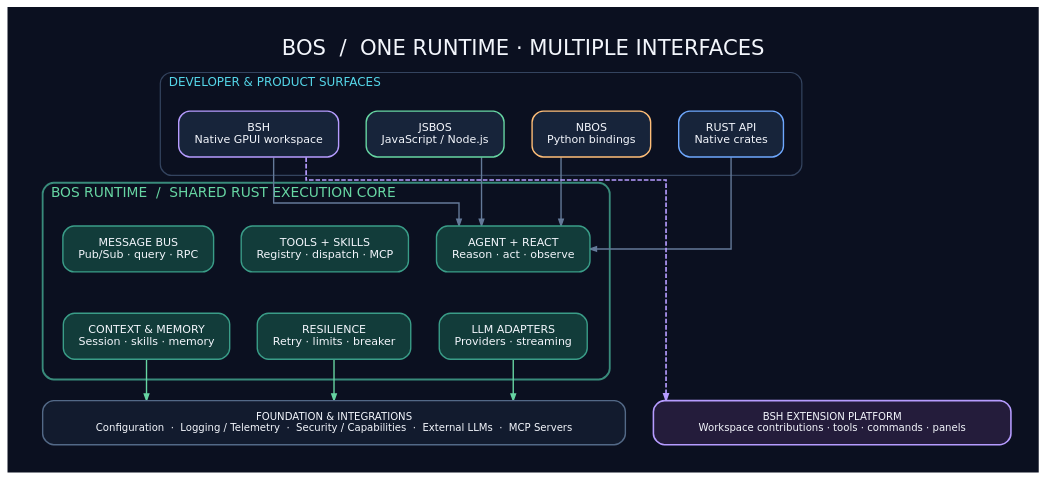
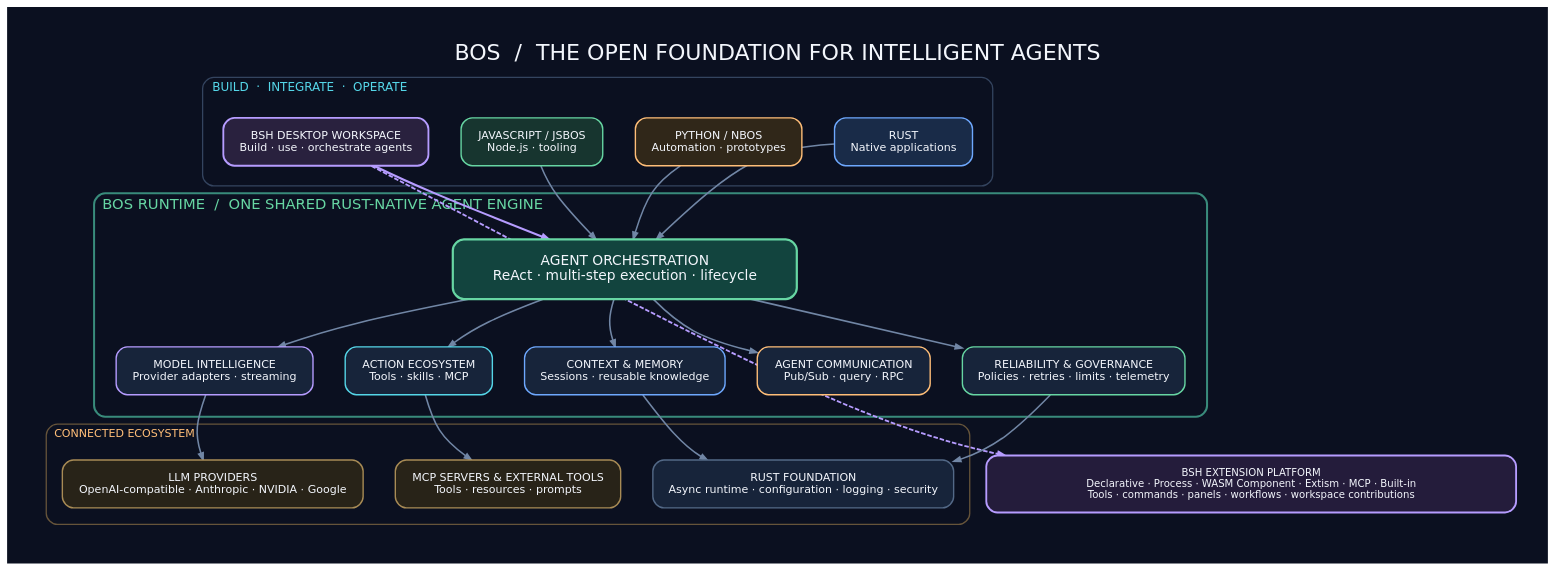
The diagram in docs/diagrams/bos-architecture.dot (open1s/bos), drawn with Graphviz before and after one commit. The commit also changed 2 other files, not shown here.

Commit message:
docs: present BOS as a powerful extensible agent platform (#82)
* docs: tell a clearer BOS product story in diagrams

* docs: tell a clearer BOS product story in diagrams

* docs: tell a clearer BOS product story in diagrams

```diff
--- a/docs/diagrams/bos-architecture.dot
+++ b/docs/diagrams/bos-architecture.dot
@@ -1,65 +1,71 @@
 digraph BOS {
   graph [
-    bgcolor="#0B1020", pad="0.42", rankdir=TB,
-    nodesep="0.42", ranksep="0.62", splines=ortho,
+    bgcolor="#0B1020", pad="0.48", rankdir=TB,
+    nodesep="0.48", ranksep="0.72", splines=curved,
     compound=true, newrank=true, outputorder=edgesfirst,
-    fontname="DejaVu Sans", label="BOS  /  ONE RUNTIME · MULTIPLE INTERFACES",
-    labelloc=t, fontsize=23, fontcolor="#F3F6FC"
+    fontname="DejaVu Sans", label="BOS  /  THE OPEN FOUNDATION FOR INTELLIGENT AGENTS",
+    labelloc=t, fontsize=24, fontcolor="#F3F6FC"
   ];
-  node [
-    shape=box, style="rounded,filled", fontname="DejaVu Sans",
-    fontsize=12, margin="0.24,0.16", color="#3B506F",
-    fillcolor="#17243A", fontcolor="#F3F6FC", penwidth=1.5
-  ];
-  edge [color="#647A99", penwidth=1.5, arrowsize=0.7];
+  node [shape=box, style="rounded,filled", fontname="DejaVu Sans",
+    fontsize=12, margin="0.25,0.18", color="#405575",
+    fillcolor="#17243A", fontcolor="#F3F6FC", penwidth=1.5];
+  edge [color="#7186A5", penwidth=1.7, arrowsize=0.75];
 
-  subgraph cluster_surfaces {
-    label="DEVELOPER & PRODUCT SURFACES";
+  subgraph cluster_experience {
+    label="BUILD  ·  INTEGRATE  ·  OPERATE";
     labelloc=t; labeljust=l; fontsize=13; fontcolor="#55D6E8";
-    color="#34445F"; style="rounded"; penwidth=1.3; margin=20;
-    rust [label="RUST API\nNative crates", color="#6EA8FE"];
-    nbos [label="NBOS\nPython bindings", color="#FFBE78"];
-    jsbos [label="JSBOS\nJavaScript / Node.js", color="#67D6A3"];
-    bsh [label="BSH\nNative GPUI workspace", color="#B69CFF"];
-    {rank=same; rust; nbos; jsbos; bsh;}
+    color="#34445F"; style="rounded"; penwidth=1.4; margin=22;
+    rust [label="RUST\nNative applications", color="#6EA8FE", fillcolor="#192B48"];
+    python [label="PYTHON / NBOS\nAutomation · prototypes", color="#FFBE78", fillcolor="#302719"];
+    javascript [label="JAVASCRIPT / JSBOS\nNode.js · tooling", color="#67D6A3", fillcolor="#17352F"];
+    bsh [label="BSH DESKTOP WORKSPACE\nBuild · use · orchestrate agents", color="#B69CFF", fillcolor="#29213E", penwidth=2];
+    {rank=same; rust; python; javascript; bsh;}
   }
 
-  subgraph cluster_runtime {
-    label="BOS RUNTIME  /  SHARED RUST EXECUTION CORE";
-    labelloc=t; labeljust=l; fontsize=15; fontcolor="#67D6A3";
-    color="#398B7B"; style="rounded"; penwidth=2; margin=22;
-    agent [label="AGENT + REACT\nReason · act · observe", fillcolor="#123C3A", color="#3A9D88"];
-    tools [label="TOOLS + SKILLS\nRegistry · dispatch · MCP", fillcolor="#123C3A", color="#3A9D88"];
-    bus [label="MESSAGE BUS\nPub/Sub · query · RPC", fillcolor="#123C3A", color="#3A9D88"];
-    llm [label="LLM ADAPTERS\nProviders · streaming", fillcolor="#123C3A", color="#3A9D88"];
-    resilience [label="RESILIENCE\nRetry · limits · breaker", fillcolor="#123C3A", color="#3A9D88"];
-    context [label="CONTEXT & MEMORY\nSession · skills · memory", fillcolor="#123C3A", color="#3A9D88"];
-    {rank=same; agent; tools; bus;}
-    {rank=same; llm; resilience; context;}
-    agent -> llm [style=invis, weight=12];
-    tools -> resilience [style=invis, weight=12];
-    bus -> context [style=invis, weight=12];
+  subgraph cluster_core {
+    label="BOS RUNTIME  /  ONE SHARED RUST-NATIVE AGENT ENGINE";
+    labelloc=t; labeljust=l; fontsize=16; fontcolor="#67D6A3";
+    color="#398B7B"; style="rounded"; penwidth=2.2; margin=24;
+
+    orchestration [label="AGENT ORCHESTRATION\nReAct · multi-step execution · lifecycle", fontsize=15,
+      fillcolor="#12443E", color="#67D6A3", penwidth=2.4, width=5.2, height=0.9];
+
+    models [label="MODEL INTELLIGENCE\nProvider adapters · streaming", color="#B69CFF"];
+    tools [label="ACTION ECOSYSTEM\nTools · skills · MCP", color="#55D6E8"];
+    context [label="CONTEXT & MEMORY\nSessions · reusable knowledge", color="#6EA8FE"];
+    messaging [label="AGENT COMMUNICATION\nPub/Sub · query · RPC", color="#FFBE78"];
+    governance [label="RELIABILITY & GOVERNANCE\nPolicies · retries · limits · telemetry", color="#67D6A3"];
+
+    {rank=same; models; tools; context;}
+    {rank=same; messaging; governance;}
+    orchestration -> models [dir=both, arrowtail=none];
+    orchestration -> tools [dir=both, arrowtail=none];
+    orchestration -> context [dir=both, arrowtail=none];
+    orchestration -> messaging [dir=both, arrowtail=none];
+    orchestration -> governance [dir=both, arrowtail=none];
   }
 
-  foundation [
-    label="FOUNDATION & INTEGRATIONS\nConfiguration  ·  Logging / Telemetry  ·  Security / Capabilities  ·  External LLMs  ·  MCP Servers",
-    fillcolor="#121B2E", color="#536987", fontsize=11, penwidth=1.5,
-    width=8.8
-  ];
+  subgraph cluster_ecosystem {
+    label="CONNECTED ECOSYSTEM";
+    labelloc=t; labeljust=l; fontsize=12; fontcolor="#FFBE78";
+    color="#66543A"; style="rounded"; penwidth=1.4; margin=18;
+    providers [label="LLM PROVIDERS\nOpenAI-compatible · Anthropic · NVIDIA · Google", fillcolor="#282318", color="#A88B55"];
+    mcp [label="MCP SERVERS & EXTERNAL TOOLS\nTools · resources · prompts", fillcolor="#282318", color="#A88B55"];
+    platform [label="RUST FOUNDATION\nAsync runtime · configuration · logging · security", fillcolor="#17243A", color="#536987"];
+    {rank=same; providers; mcp; platform;}
+  }
 
-  extension [
-    label="BSH EXTENSION PLATFORM\nWorkspace contributions · tools · commands · panels",
-    fillcolor="#241C3B", color="#B69CFF", fontsize=11, penwidth=1.7,
-    width=5.4
-  ];
+  extensions [label="BSH EXTENSION PLATFORM\nDeclarative · Process · WASM Component · Extism · MCP · Built-in\nTools · commands · panels · workflows · workspace contributions",
+    fillcolor="#241C3B", color="#B69CFF", penwidth=2, fontsize=11, width=8.0];
 
-  rust -> agent;
-  nbos -> agent;
-  jsbos -> agent;
-  bsh -> agent;
-  llm -> foundation [color="#67D6A3"];
-  resilience -> foundation [color="#67D6A3"];
-  context -> foundation [color="#67D6A3"];
-  bsh -> extension [style=dashed, color="#B69CFF", penwidth=1.8, constraint=false];
-  {rank=same; foundation; extension;}
+  rust -> orchestration;
+  python -> orchestration;
+  javascript -> orchestration;
+  bsh -> orchestration [penwidth=2.2, color="#B69CFF"];
+  models -> providers;
+  tools -> mcp;
+  context -> platform;
+  governance -> platform;
+  bsh -> extensions [style=dashed, color="#B69CFF", penwidth=2, constraint=false];
+  {rank=same; extensions; platform;}
 }
```
